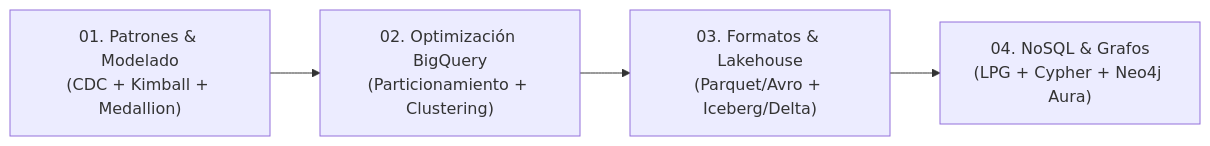
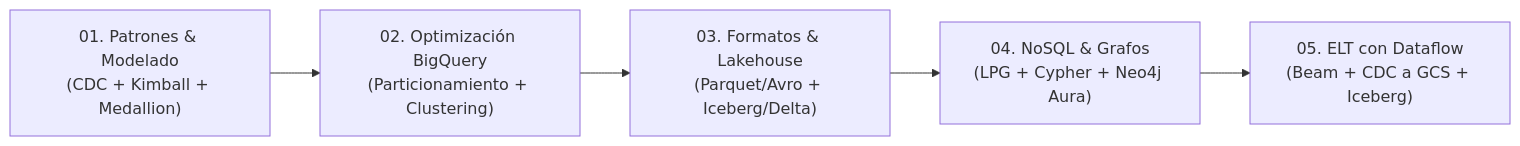
The diagram in README.md (jggomez/analytics-architectures-labs), drawn with Mermaid before and after one commit. The commit also changed other lines of this file and 2 other files, not shown here.

First line of the commit message:
feat: add Module 05 on ELT with Dataflow, Datastream CDC and BigQuery Iceberg tables

````diff
--- a/README.md
+++ b/README.md
@@ -47,6 +52,7 @@
 ```mermaid
 flowchart LR
     A["01. Patrones & Modelado\n(CDC + Kimball + Medallion)"] --> B["02. Optimización BigQuery\n(Particionamiento + Clustering)"]
     B --> C["03. Formatos & Lakehouse\n(Parquet/Avro + Iceberg/Delta)"]
     C --> D["04. NoSQL & Grafos\n(LPG + Cypher + Neo4j Aura)"]
+    D --> E["05. ELT con Dataflow\n(Beam + CDC a GCS + Iceberg)"]
 ```
````
